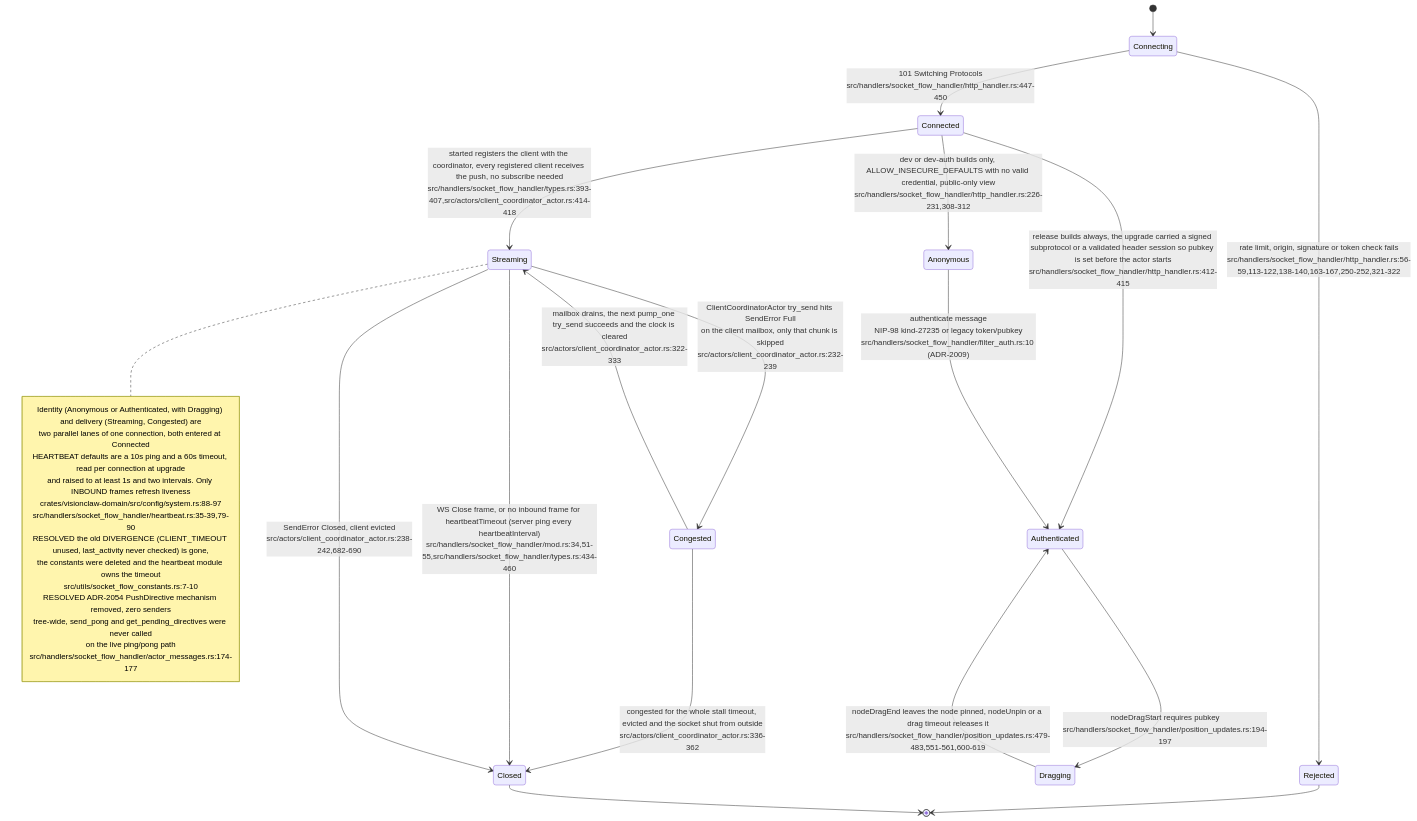
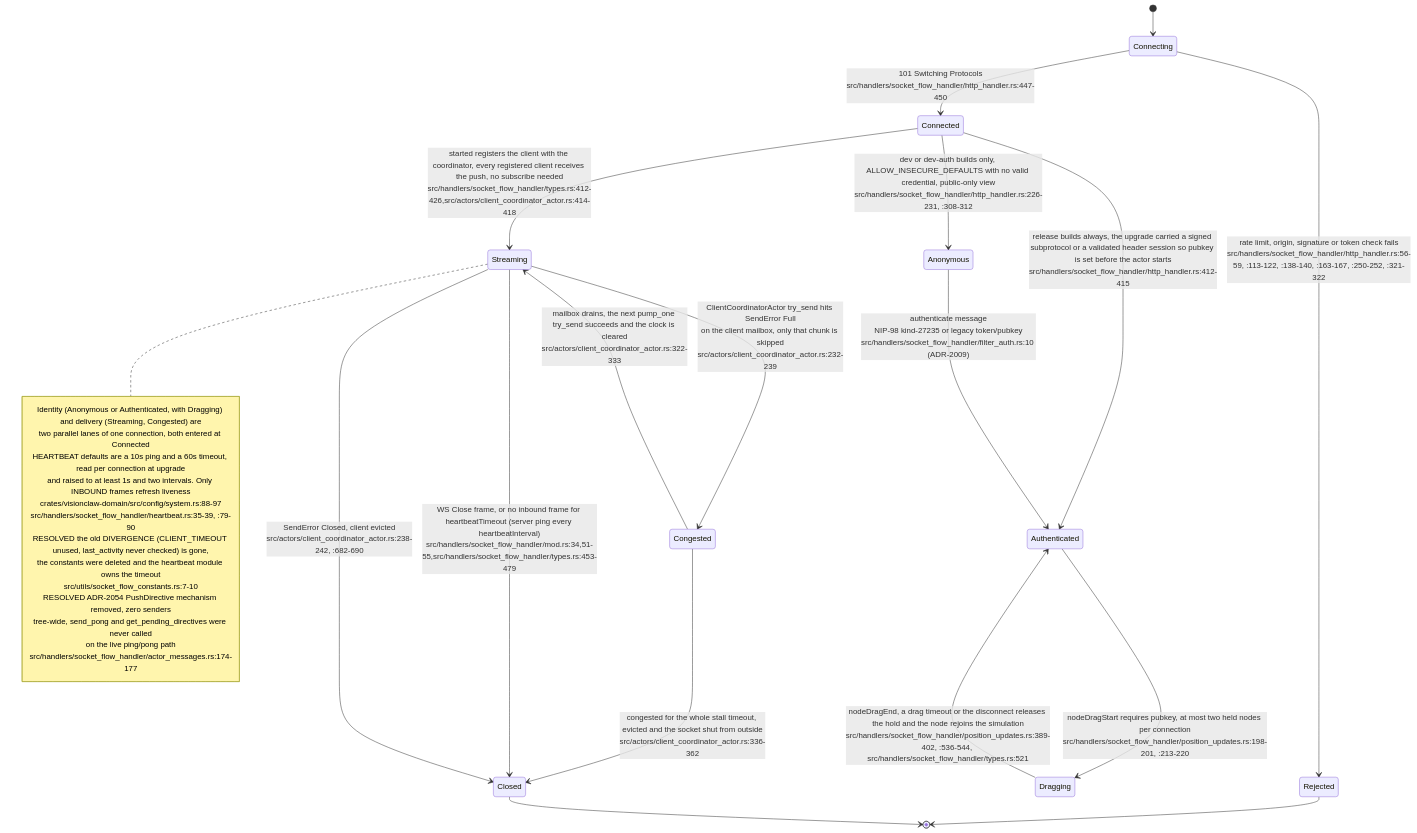
The eighth of 8 diagrams in docs/diagrams/visionclaw/13-broadcast-pipeline-and-websocket.md (DreamLab-AI/VisionFlow), drawn with Mermaid before and after one commit. The commit also changed other lines of this file and 173 other files, not shown here.

````diff
--- a/docs/diagrams/visionclaw/13-broadcast-pipeline-and-websocket.md
+++ b/docs/diagrams/visionclaw/13-broadcast-pipeline-and-websocket.md
@@ -429,39 +437,39 @@
 ```mermaid
 stateDiagram-v2
     [*] --> Connecting
-    Connecting --> Rejected: rate limit, origin, signature or token check fails<br/>src/handlers/socket_flow_handler/http_handler.rs:56-59,113-122,138-140,163-167,250-252,321-322
+    Connecting --> Rejected: rate limit, origin, signature or token check fails<br/>src/handlers/socket_flow_handler/http_handler.rs:56-59, :113-122, :138-140, :163-167, :250-252, :321-322
     Connecting --> Connected: 101 Switching Protocols<br/>src/handlers/socket_flow_handler/http_handler.rs:447-450
     Rejected --> [*]
 
     Connected --> Authenticated: release builds always, the upgrade carried a signed subprotocol or a validated header session so pubkey is set before the actor starts<br/>src/handlers/socket_flow_handler/http_handler.rs:412-415
-    Connected --> Anonymous: dev or dev-auth builds only, ALLOW_INSECURE_DEFAULTS with no valid credential, public-only view<br/>src/handlers/socket_flow_handler/http_handler.rs:226-231,308-312
+    Connected --> Anonymous: dev or dev-auth builds only, ALLOW_INSECURE_DEFAULTS with no valid credential, public-only view<br/>src/handlers/socket_flow_handler/http_handler.rs:226-231, :308-312
     Anonymous --> Authenticated: authenticate message<br/>NIP-98 kind-27235 or legacy token/pubkey<br/>src/handlers/socket_flow_handler/filter_auth.rs:10 (ADR-2009)
 
-    Authenticated --> Dragging: nodeDragStart requires pubkey<br/>src/handlers/socket_flow_handler/position_updates.rs:194-197
-    Dragging --> Authenticated: nodeDragEnd leaves the node pinned, nodeUnpin or a drag timeout releases it<br/>src/handlers/socket_flow_handler/position_updates.rs:479-483,551-561,600-619
+    Authenticated --> Dragging: nodeDragStart requires pubkey, at most two held nodes per connection<br/>src/handlers/socket_flow_handler/position_updates.rs:198-201, :213-220
+    Dragging --> Authenticated: nodeDragEnd, a drag timeout or the disconnect releases the hold and the node rejoins the simulation<br/>src/handlers/socket_flow_handler/position_updates.rs:389-402, :536-544, src/handlers/socket_flow_handler/types.rs:521
 
-    Connected --> Streaming: started registers the client with the coordinator, every registered client receives the push, no subscribe needed<br/>src/handlers/socket_flow_handler/types.rs:393-407,src/actors/client_coordinator_actor.rs:414-418
+    Connected --> Streaming: started registers the client with the coordinator, every registered client receives the push, no subscribe needed<br/>src/handlers/socket_flow_handler/types.rs:412-426,src/actors/client_coordinator_actor.rs:414-418
     Streaming --> Congested: ClientCoordinatorActor try_send hits SendError Full<br/>on the client mailbox, only that chunk is skipped<br/>src/actors/client_coordinator_actor.rs:232-239
     Congested --> Streaming: mailbox drains, the next pump_one try_send succeeds and the clock is cleared<br/>src/actors/client_coordinator_actor.rs:322-333
     Congested --> Closed: congested for the whole stall timeout, evicted and the socket shut from outside<br/>src/actors/client_coordinator_actor.rs:336-362
 
-    Streaming --> Closed: WS Close frame, or no inbound frame for heartbeatTimeout (server ping every heartbeatInterval)<br/>src/handlers/socket_flow_handler/mod.rs:34,51-55,src/handlers/socket_flow_handler/types.rs:434-460
-    Streaming --> Closed: SendError Closed, client evicted<br/>src/actors/client_coordinator_actor.rs:238-242,682-690
+    Streaming --> Closed: WS Close frame, or no inbound frame for heartbeatTimeout (server ping every heartbeatInterval)<br/>src/handlers/socket_flow_handler/mod.rs:34,51-55,src/handlers/socket_flow_handler/types.rs:453-479
+    Streaming --> Closed: SendError Closed, client evicted<br/>src/actors/client_coordinator_actor.rs:238-242, :682-690
     Closed --> [*]
 
     note right of Streaming
         Identity (Anonymous or Authenticated, with Dragging) and delivery (Streaming, Congested) are
         two parallel lanes of one connection, both entered at Connected
         HEARTBEAT defaults are a 10s ping and a 60s timeout, read per connection at upgrade
         and raised to at least 1s and two intervals. Only INBOUND frames refresh liveness
         crates/visionclaw-domain/src/config/system.rs:88-97
-        src/handlers/socket_flow_handler/heartbeat.rs:35-39,79-90
+        src/handlers/socket_flow_handler/heartbeat.rs:35-39, :79-90
         RESOLVED the old DIVERGENCE (CLIENT_TIMEOUT unused, last_activity never checked) is gone,
         the constants were deleted and the heartbeat module owns the timeout
         src/utils/socket_flow_constants.rs:7-10
         RESOLVED ADR-2054 PushDirective mechanism removed, zero senders
         tree-wide, send_pong and get_pending_directives were never called
         on the live ping/pong path
         src/handlers/socket_flow_handler/actor_messages.rs:174-177
     end note
 ```
````
